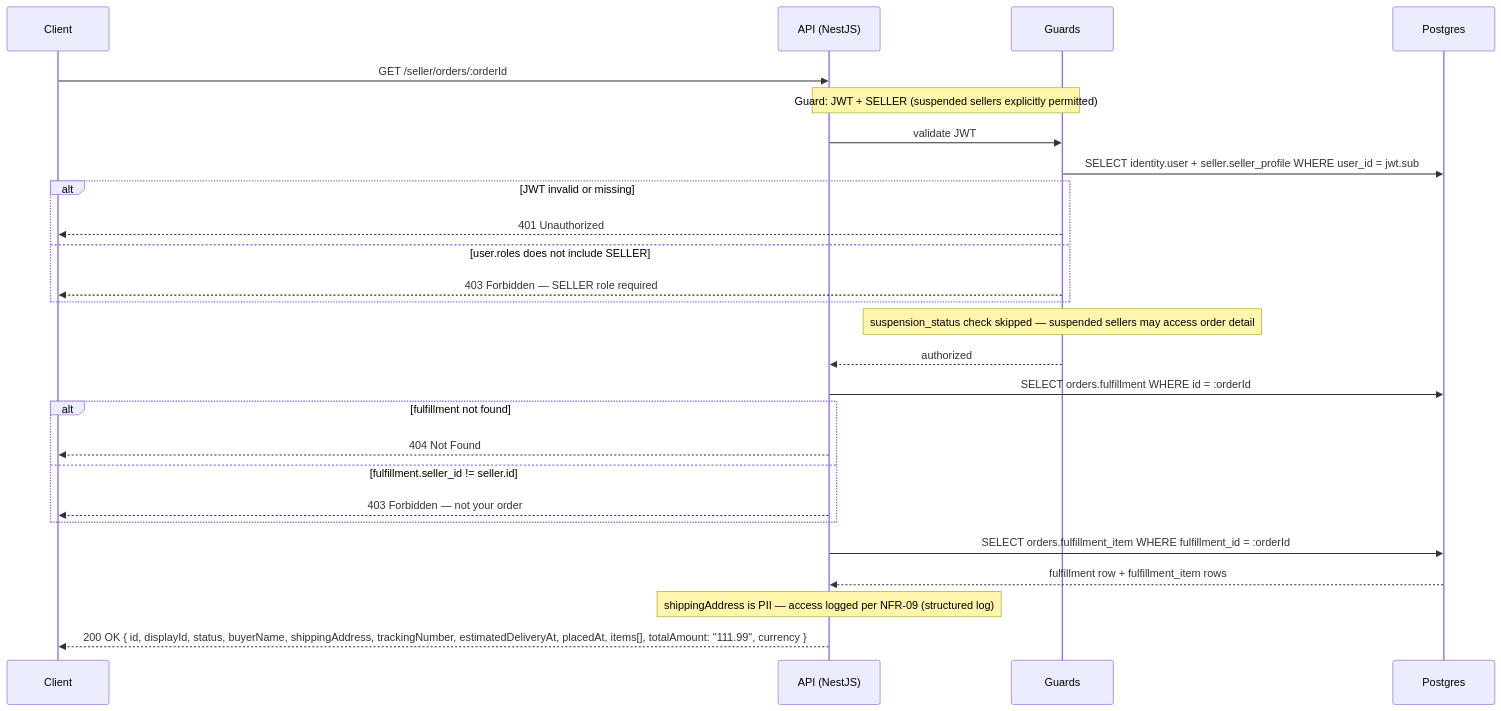
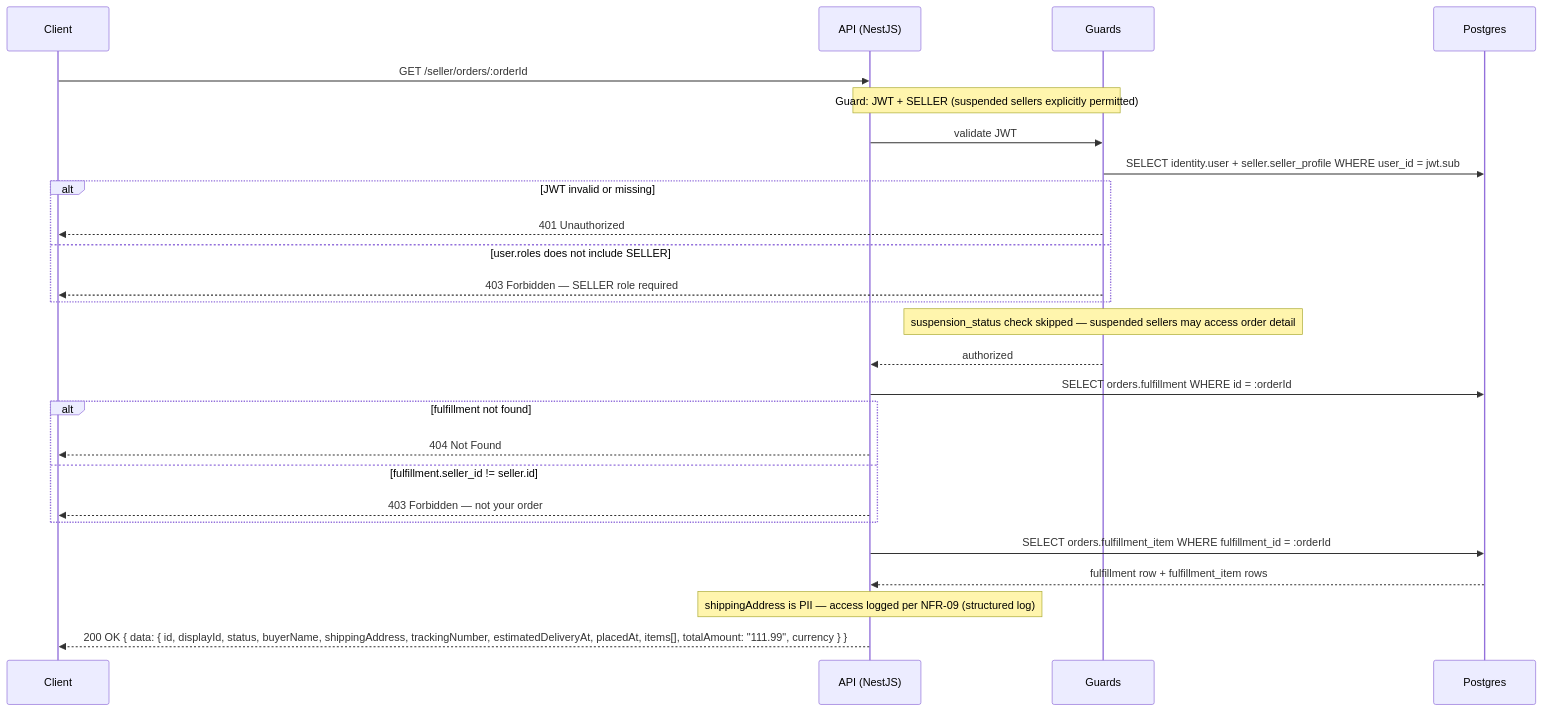
One commit to alisa-uthi/aliceut-ecom-document changed diagram 14 of 21 in phase-1/technical-design/api-design/seller.md. Above: the diagram before and after it, drawn with Mermaid. The commit also changed other lines of this file and 22 other files, not shown here.

````diff
--- a/phase-1/technical-design/api-design/seller.md
+++ b/phase-1/technical-design/api-design/seller.md
@@ -961,31 +973,31 @@
 ```mermaid
 sequenceDiagram
     participant C as Client
     participant A as API (NestJS)
     participant G as Guards
     participant P as Postgres
 
     C->>A: GET /seller/orders/:orderId
     Note over A,G: Guard: JWT + SELLER (suspended sellers explicitly permitted)
     A->>G: validate JWT
     G->>P: SELECT identity.user + seller.seller_profile WHERE user_id = jwt.sub
     alt JWT invalid or missing
         G-->>C: 401 Unauthorized
     else user.roles does not include SELLER
         G-->>C: 403 Forbidden — SELLER role required
     end
     Note over G: suspension_status check skipped — suspended sellers may access order detail
     G-->>A: authorized
 
     A->>P: SELECT orders.fulfillment WHERE id = :orderId
     alt fulfillment not found
         A-->>C: 404 Not Found
     else fulfillment.seller_id != seller.id
         A-->>C: 403 Forbidden — not your order
     end
     A->>P: SELECT orders.fulfillment_item WHERE fulfillment_id = :orderId
     P-->>A: fulfillment row + fulfillment_item rows
     Note over A: shippingAddress is PII — access logged per NFR-09 (structured log)
 
-    A-->>C: 200 OK { id, displayId, status, buyerName, shippingAddress, trackingNumber, estimatedDeliveryAt, placedAt, items[], totalAmount: "111.99", currency }
+    A-->>C: 200 OK { data: { id, displayId, status, buyerName, shippingAddress, trackingNumber, estimatedDeliveryAt, placedAt, items[], totalAmount: "111.99", currency } }
 ```
````
